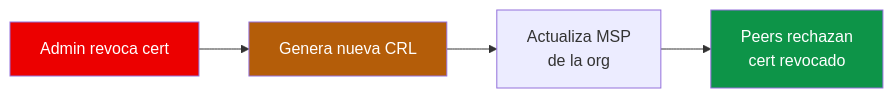
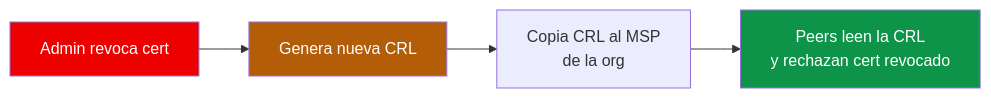
One commit to jjnieto/Curso-HLFabric changed the seventh of 7 diagrams in Modulo-2/05-fabric-ca.md. Above: the diagram before and after it, drawn with Mermaid. The commit also changed other lines of this file, not shown here.

````diff
--- a/Modulo-2/05-fabric-ca.md
+++ b/Modulo-2/05-fabric-ca.md
@@ -479,10 +985,10 @@
 ```mermaid
 graph LR
     REV["Admin revoca cert"] --> CRL["Genera nueva CRL"]
-    CRL --> MSP["Actualiza MSP<br/>de la org"]
-    MSP --> PEERS["Peers rechazan<br/>cert revocado"]
+    CRL --> MSP["Copia CRL al MSP<br/>de la org"]
+    MSP --> PEERS["Peers leen la CRL<br/>y rechazan cert revocado"]
 
     style REV fill:#EC0000,color:#fff
     style CRL fill:#B45D09,color:#fff
     style PEERS fill:#0D9448,color:#fff
 ```
````
